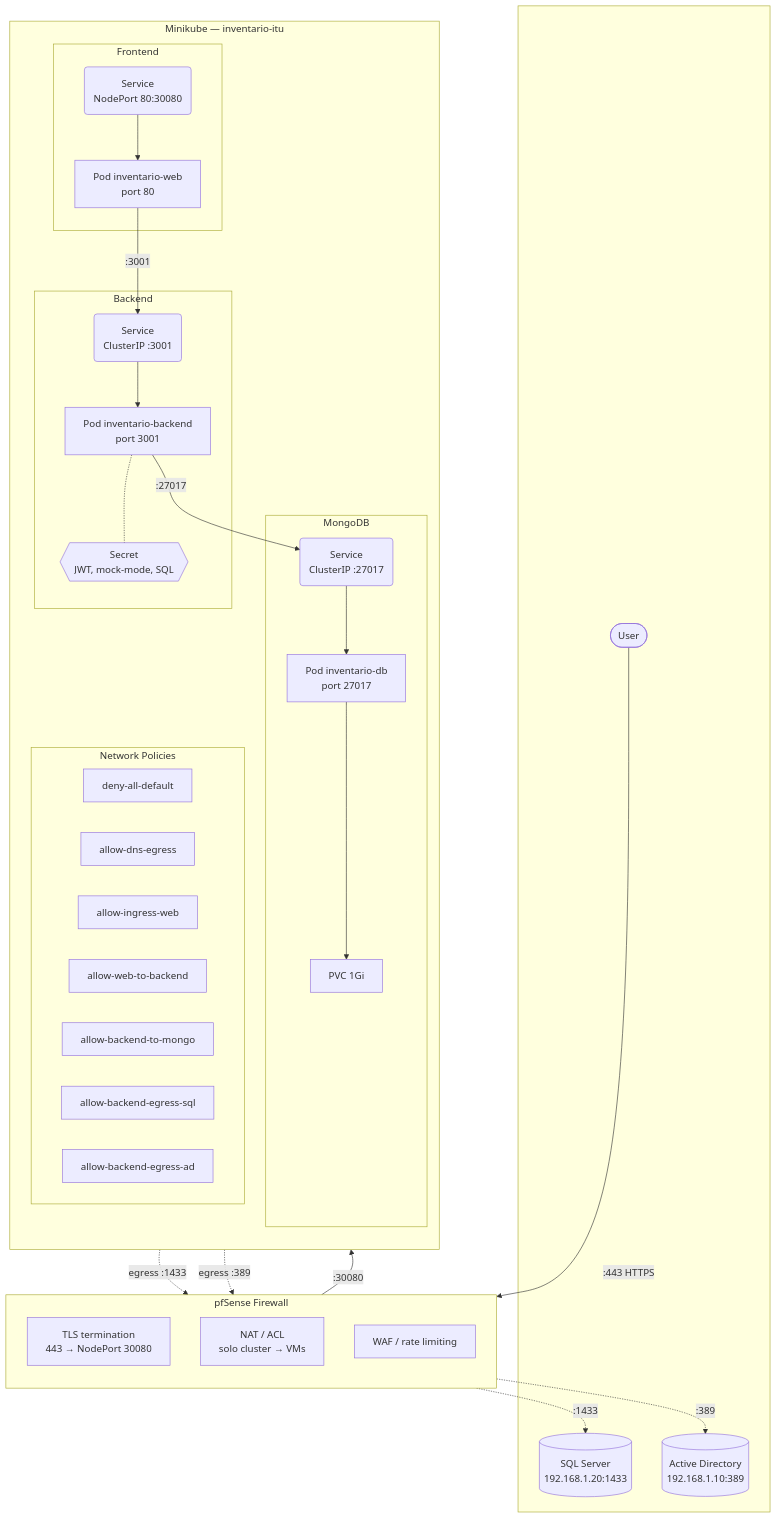
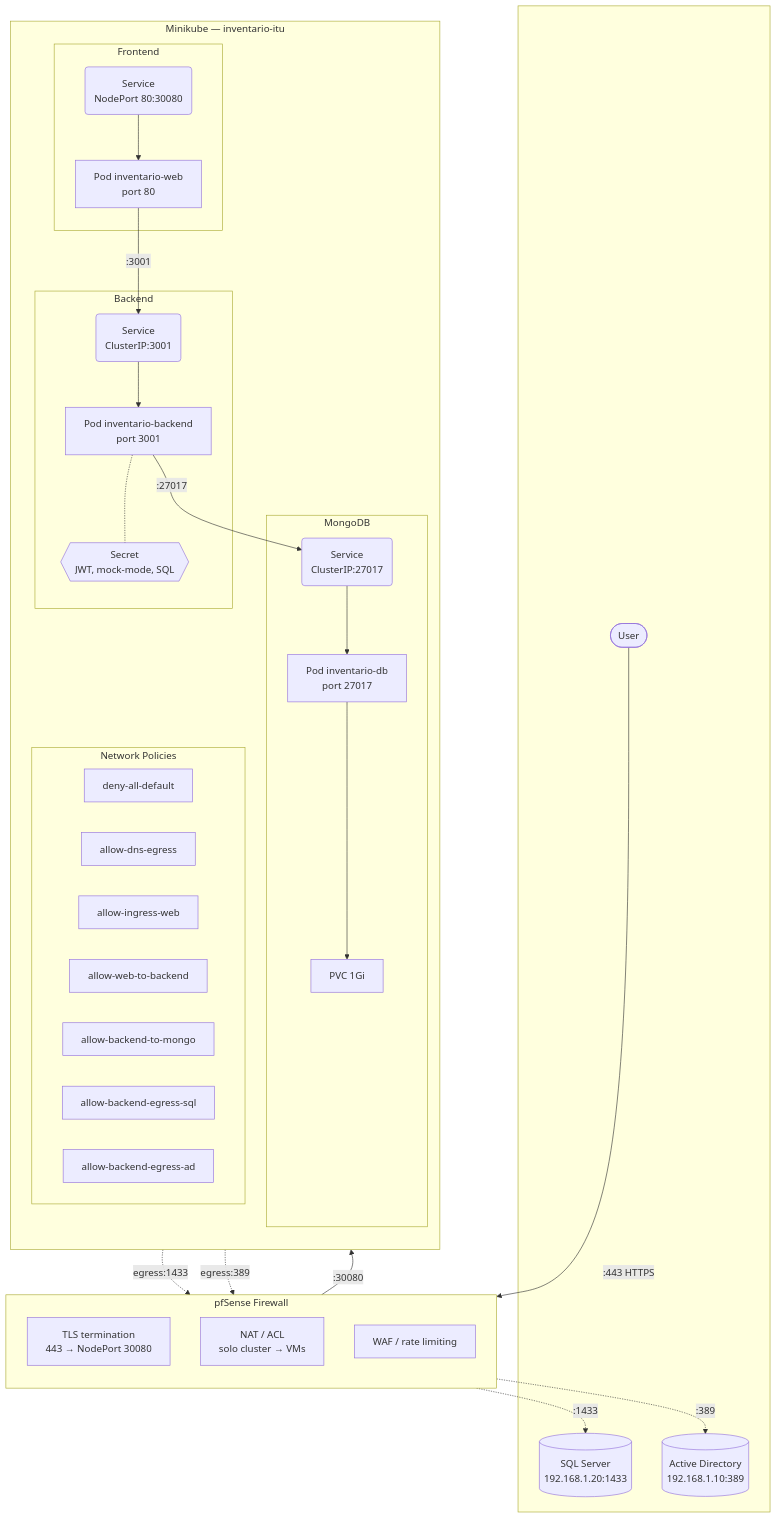
The diagram in docs/testing/minikube-local.md (CesarMarinMorla/egi), drawn with Mermaid before and after one commit. The commit also changed other lines of this file and 22 other files, not shown here.

````diff
--- a/docs/testing/minikube-local.md
+++ b/docs/testing/minikube-local.md
@@ -100,60 +100,60 @@
 ```mermaid
 flowchart TB
-    subgraph External[" "]
-        User(["User"])
-        SQL[("SQL Server<br/>192.168.1.20:1433")]
-        AD[("Active Directory<br/>192.168.1.10:389")]
-    end
+ subgraph External[" "]
+ User(["User"])
+ SQL[("SQL Server<br/>192.168.1.20:1433")]
+ AD[("Active Directory<br/>192.168.1.10:389")]
+ end
 
-    subgraph FW["pfSense Firewall"]
-        direction TB
-        TLS["TLS termination<br/>443 → NodePort 30080"]
-        NAT["NAT / ACL<br/>solo cluster → VMs"]
-        WAF["WAF / rate limiting"]
-    end
+ subgraph FW["pfSense Firewall"]
+ direction TB
+ TLS["TLS termination<br/>443 → NodePort 30080"]
+ NAT["NAT / ACL<br/>solo cluster → VMs"]
+ WAF["WAF / rate limiting"]
+ end
 
-    subgraph Cluster["Minikube — inventario-itu"]
-        direction TB
+ subgraph Cluster["Minikube — inventario-itu"]
+ direction TB
 
-        subgraph Web["Frontend"]
-            WebSvc("Service<br/>NodePort 80:30080")
-            WebPod["Pod inventario-web<br/>port 80"]
-        end
+ subgraph Web["Frontend"]
+ WebSvc("Service<br/>NodePort 80:30080")
+ WebPod["Pod inventario-web<br/>port 80"]
+ end
 
-        subgraph Be["Backend"]
-            BeSvc("Service<br/>ClusterIP :3001")
-            BePod["Pod inventario-backend<br/>port 3001"]
-            BeSec{{"Secret<br/>JWT, mock-mode, SQL"}}
-        end
+ subgraph Be["Backend"]
+ BeSvc("Service<br/>ClusterIP:3001")
+ BePod["Pod inventario-backend<br/>port 3001"]
+ BeSec{{"Secret<br/>JWT, mock-mode, SQL"}}
+ end
 
-        subgraph Mongo["MongoDB"]
-            MongoSvc("Service<br/>ClusterIP :27017")
-            MongoPod["Pod inventario-db<br/>port 27017"]
-            MongoPvc["PVC 1Gi"]
-        end
+ subgraph Mongo["MongoDB"]
+ MongoSvc("Service<br/>ClusterIP:27017")
+ MongoPod["Pod inventario-db<br/>port 27017"]
+ MongoPvc["PVC 1Gi"]
+ end
 
-        subgraph NP["Network Policies"]
-            NP01["deny-all-default"]
-            NP02["allow-dns-egress"]
-            NP03["allow-ingress-web"]
-            NP04["allow-web-to-backend"]
-            NP05["allow-backend-to-mongo"]
-            NP06["allow-backend-egress-sql"]
-            NP07["allow-backend-egress-ad"]
-        end
-    end
+ subgraph NP["Network Policies"]
+ NP01["deny-all-default"]
+ NP02["allow-dns-egress"]
+ NP03["allow-ingress-web"]
+ NP04["allow-web-to-backend"]
+ NP05["allow-backend-to-mongo"]
+ NP06["allow-backend-egress-sql"]
+ NP07["allow-backend-egress-ad"]
+ end
+ end
 
-    User -->|":443 HTTPS"| TLS
-    TLS -->|":30080"| WebSvc
-    WebSvc --> WebPod
-    WebPod -->|":3001"| BeSvc
-    BeSvc --> BePod
-    BePod -->|":27017"| MongoSvc
-    MongoSvc --> MongoPod
-    MongoPod --> MongoPvc
-    BePod -.->|"egress :1433"| NAT
-    BePod -.->|"egress :389"| NAT
-    NAT -.->|":1433"| SQL
-    NAT -.->|":389"| AD
-    BePod -.- BeSec
+ User -->|":443 HTTPS"| TLS
+ TLS -->|":30080"| WebSvc
+ WebSvc --> WebPod
+ WebPod -->|":3001"| BeSvc
+ BeSvc --> BePod
+ BePod -->|":27017"| MongoSvc
+ MongoSvc --> MongoPod
+ MongoPod --> MongoPvc
+ BePod -.->|"egress:1433"| NAT
+ BePod -.->|"egress:389"| NAT
+ NAT -.->|":1433"| SQL
+ NAT -.->|":389"| AD
+ BePod -.- BeSec
 ```
````
